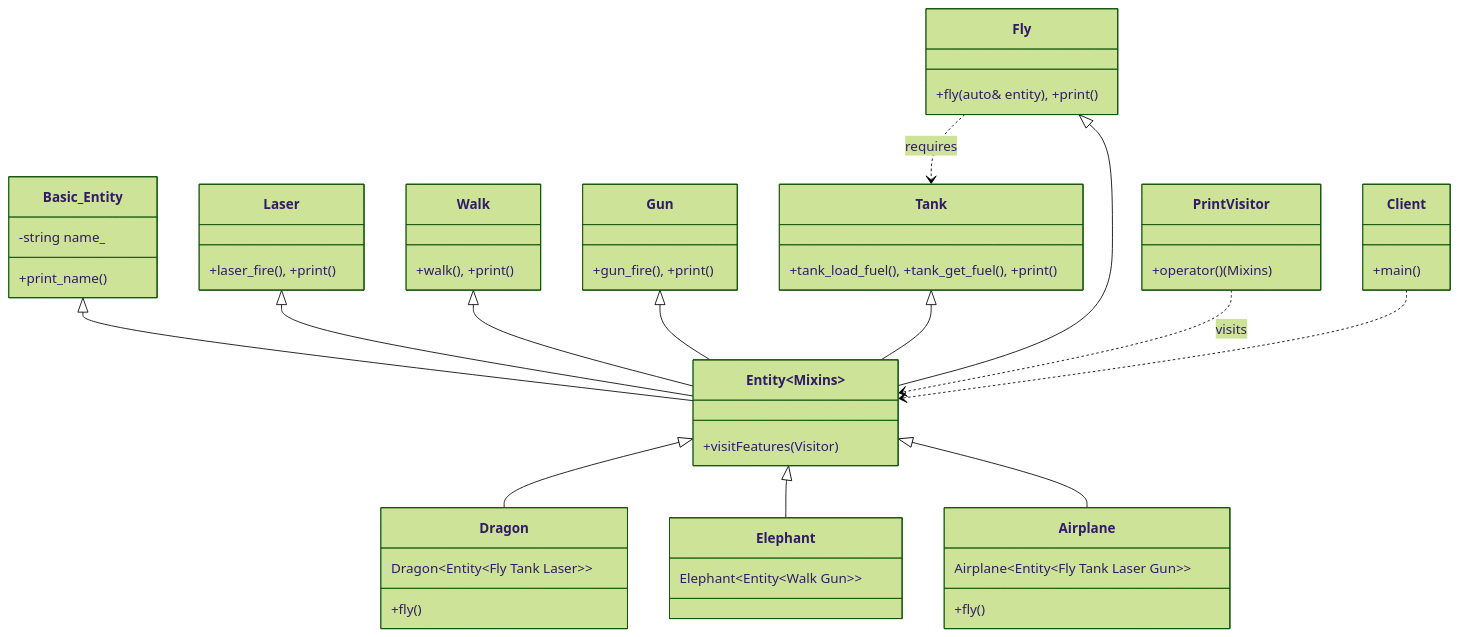
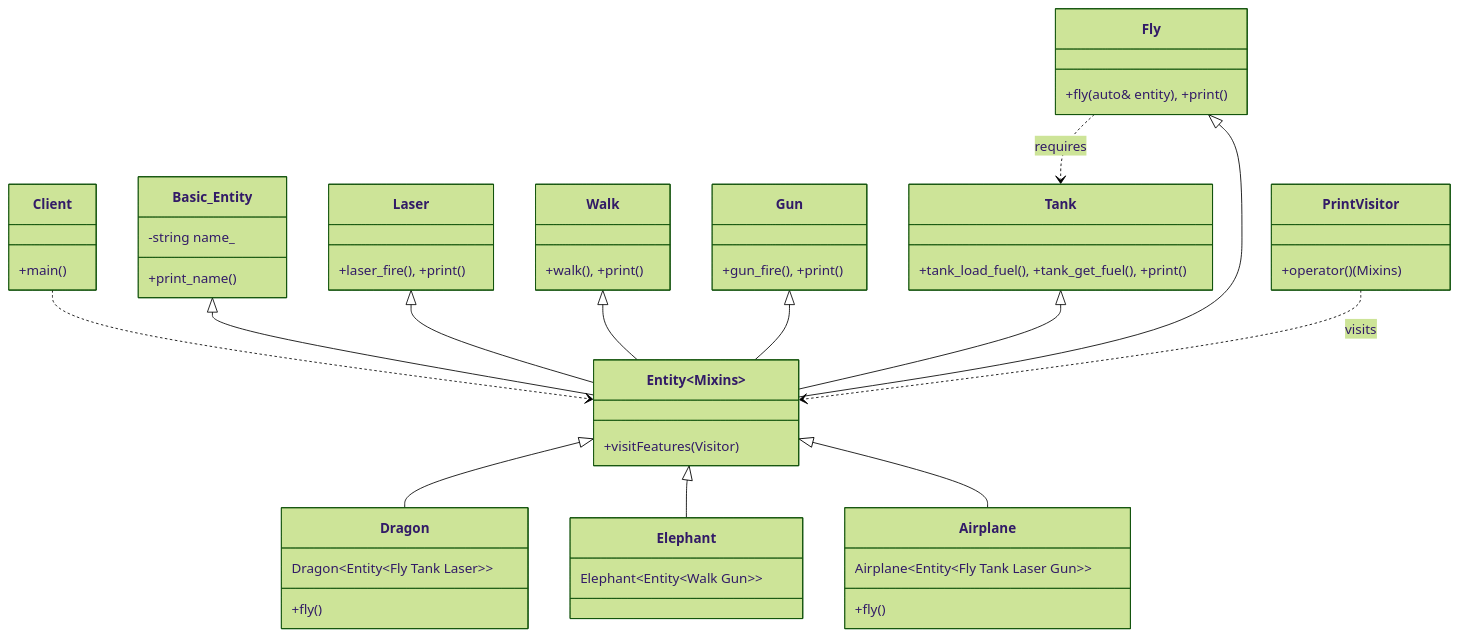
One commit to Cichlidfishexigency721/Modern-CPP-Design-Patterns changed the diagram in 15_Mixin/02_Advanced/diagram.md. Above: the diagram before and after it, drawn with Mermaid (forest theme).

Commit message:
UML improvement

````diff
--- a/15_Mixin/02_Advanced/diagram.md
+++ b/15_Mixin/02_Advanced/diagram.md
@@ -3,61 +3,61 @@
 ```mermaid
 classDiagram
 %%---------------------------------------------------------------------- Main:
    class Client {
       +main()
    }
 
 %%---------------------------------------------------- Features (Mixin Parts):
    class Laser { +laser_fire(), +print() }
    class Walk { +walk(), +print() }
    class Gun { +gun_fire(), +print() }
    class Tank { +tank_load_fuel(), +tank_get_fuel(), +print() }
    class Fly { +fly(auto& entity), +print() }
 
 %%--------------------------------------------------------------------- Entity:
    class Basic_Entity {
       -string name_
       +print_name()
    }
 
    class Entity~Mixins~ {
       +visitFeatures(Visitor)
    }
 
 %%------------------------------------------------------------ Mixin Entities:
    class Dragon {
       Dragon~Entity~Fly Tank Laser~~
       +fly()
    }
    class Elephant {
       Elephant~Entity~Walk Gun~~
    }
    class Airplane {
       Airplane~Entity~Fly Tank Laser Gun~~
       +fly()
    }
 
    class PrintVisitor {
       +operator()(Mixins)
    }
 
 %%----------------------------------------------------------- UML Composition:
+   Client ..> Entity~Mixins~
+
    %% Multiple Inheritance (Horizontal Composition)
-   %% No numbers used for inheritance
    Basic_Entity <|-- Entity~Mixins~
    Laser <|-- Entity~Mixins~
    Walk <|-- Entity~Mixins~
    Gun <|-- Entity~Mixins~
    Tank <|-- Entity~Mixins~
    Fly <|-- Entity~Mixins~
 
    %% Specific Entities
    Entity~Mixins~ <|-- Dragon
    Entity~Mixins~ <|-- Elephant
    Entity~Mixins~ <|-- Airplane
 
    %% Dependencies
    Fly ..> Tank : requires
    PrintVisitor ..> Entity~Mixins~ : visits
-   Client ..> Entity~Mixins~
 ```
````
